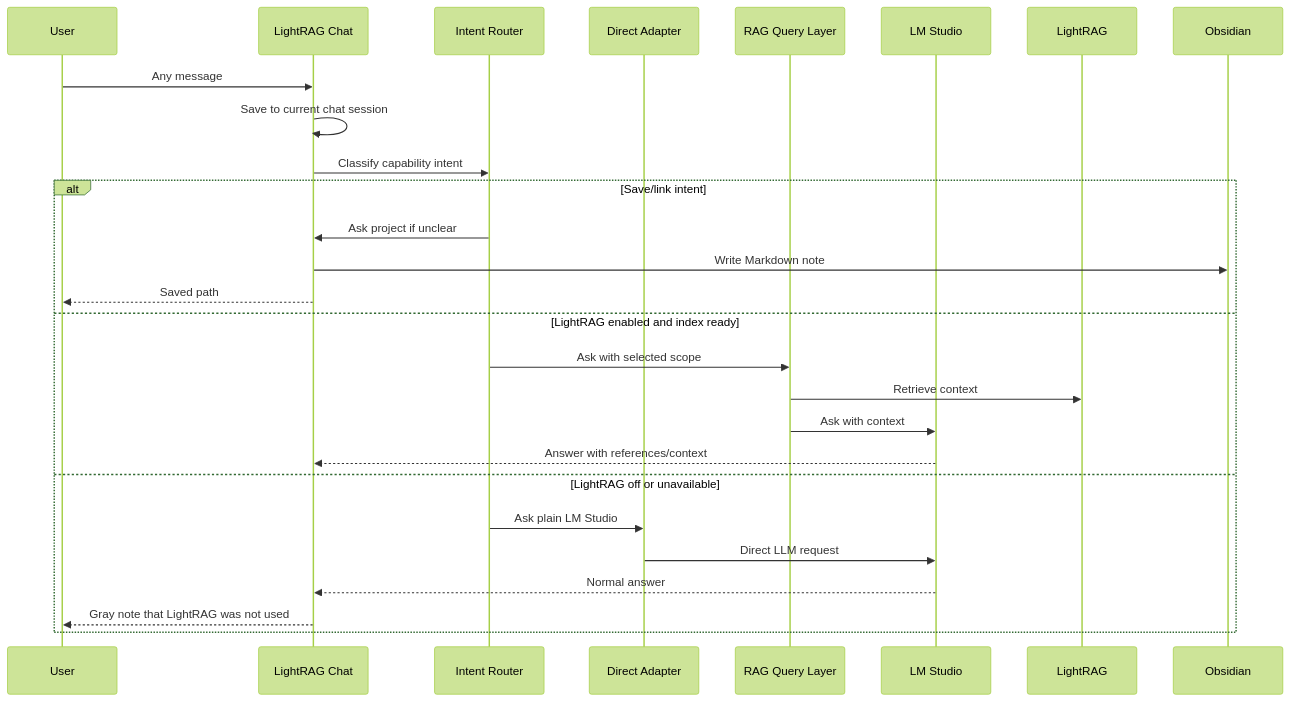
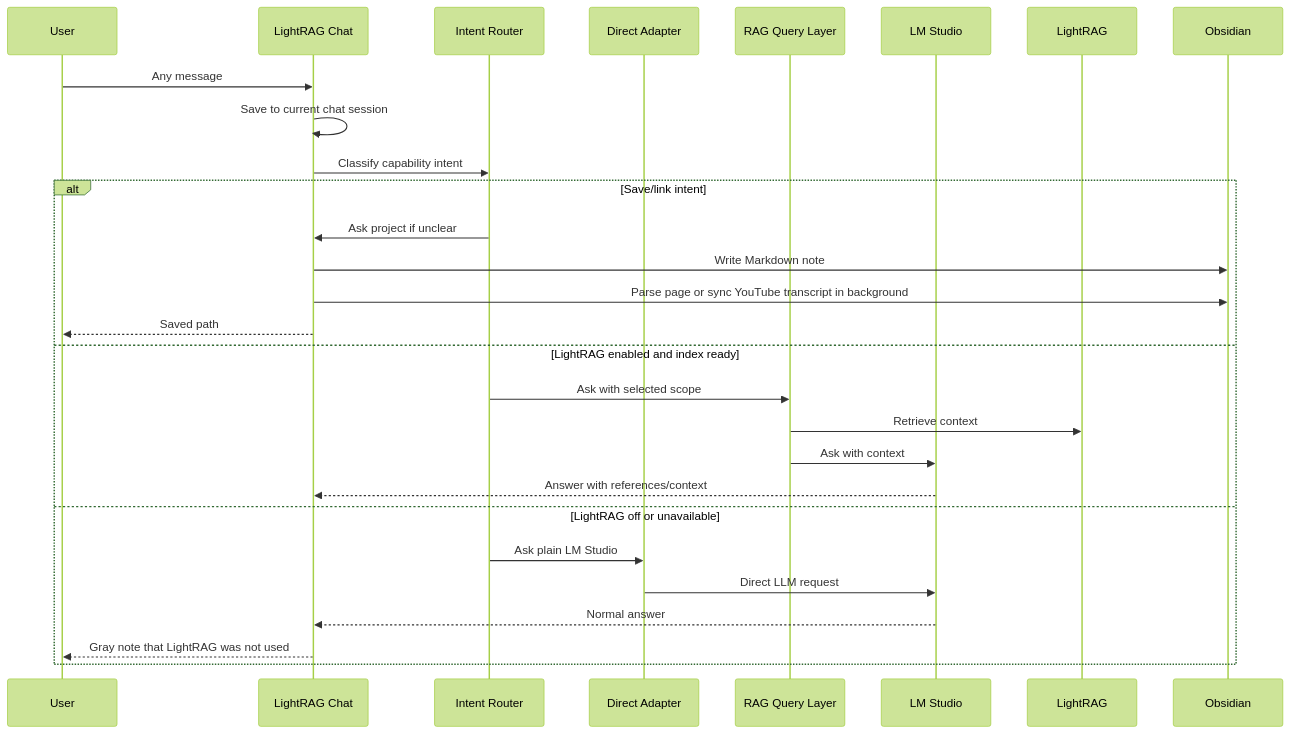
One commit to VxHxS/KnowledgeLab changed the second of 2 diagrams in ARCHITECTURE.md. Above: the diagram before and after it, drawn with Mermaid (forest theme). The commit also changed other lines of this file and 12 other files, not shown here.

````diff
--- a/ARCHITECTURE.md
+++ b/ARCHITECTURE.md
@@ -85,30 +89,31 @@
 ```mermaid
 sequenceDiagram
     participant U as User
     participant GUI as LightRAG Chat
     participant R as Intent Router
     participant A as Direct Adapter
     participant Q as RAG Query Layer
     participant L as LM Studio
     participant G as LightRAG
     participant O as Obsidian
 
     U->>GUI: Any message
     GUI->>GUI: Save to current chat session
     GUI->>R: Classify capability intent
     alt Save/link intent
         R->>GUI: Ask project if unclear
         GUI->>O: Write Markdown note
+        GUI->>O: Parse page or sync YouTube transcript in background
         GUI-->>U: Saved path
     else LightRAG enabled and index ready
         R->>Q: Ask with selected scope
         Q->>G: Retrieve context
         Q->>L: Ask with context
         L-->>GUI: Answer with references/context
     else LightRAG off or unavailable
         R->>A: Ask plain LM Studio
         A->>L: Direct LLM request
         L-->>GUI: Normal answer
         GUI-->>U: Gray note that LightRAG was not used
     end
 ```
````
